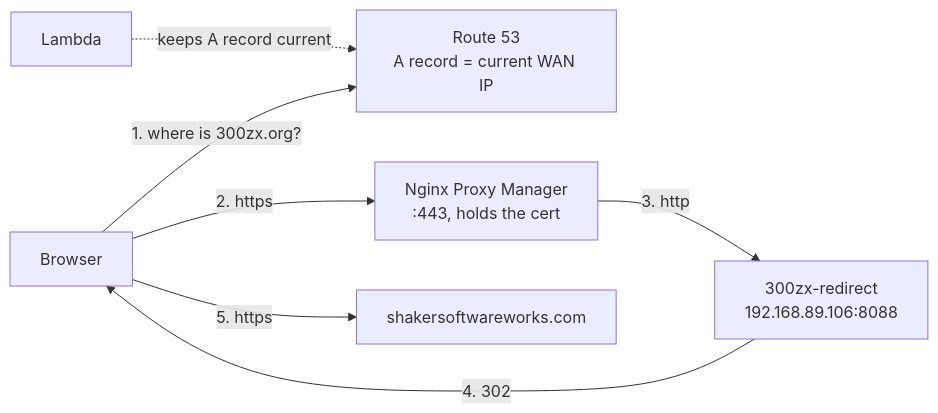
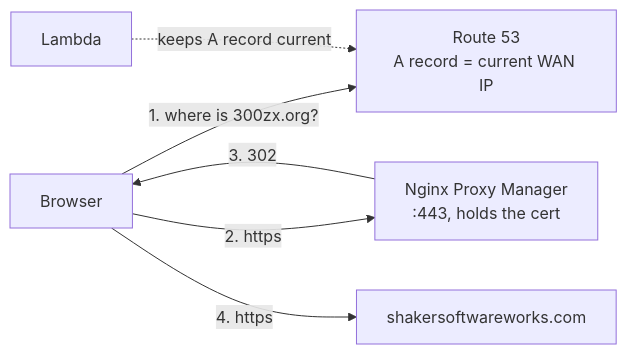
One commit to rshaker2-ops/homeserver changed the diagram in docs/300zx-org-redirect.md. Above: the diagram before and after it, drawn with Mermaid. The commit also changed other lines of this file and 3 other files, not shown here.

````diff
--- a/docs/300zx-org-redirect.md
+++ b/docs/300zx-org-redirect.md
@@ -7,9 +7,8 @@
 ```mermaid
 flowchart LR
     U[Browser] -->|1. where is 300zx.org?| R53[Route 53\nA record = current WAN IP]
     U -->|2. https| NPM[Nginx Proxy Manager\n:443, holds the cert]
-    NPM -->|3. http| RD[300zx-redirect\n192.168.89.106:8088]
-    RD -->|4. 302| U
-    U -->|5. https| T[shakersoftwareworks.com]
+    NPM -->|3. 302| U
+    U -->|4. https| T[shakersoftwareworks.com]
     L[Lambda] -.->|keeps A record current| R53
 ```
````
